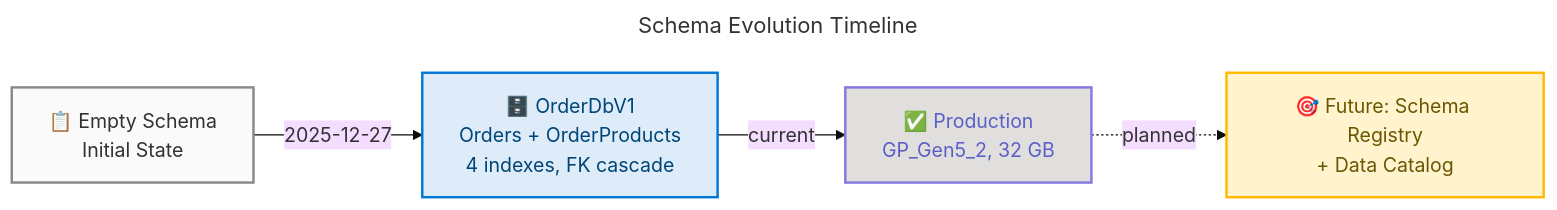
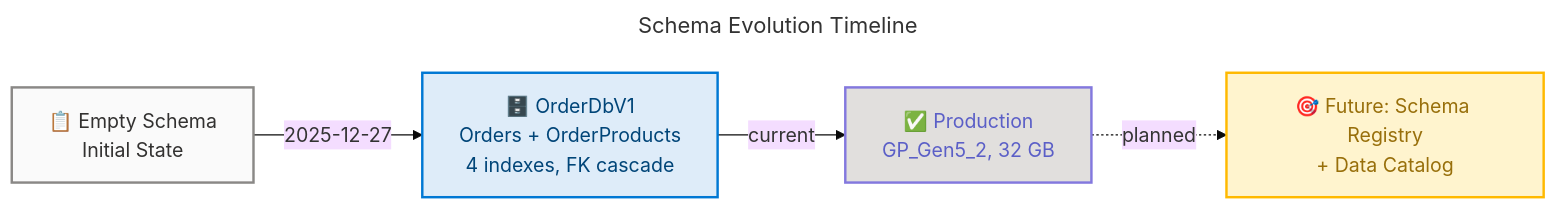
One commit to Evilazaro/Azure-LogicApps-Monitoring changed the ninth of 13 diagrams in docs/architecture/data-architecture.md. Above: the diagram before and after it, drawn with Mermaid. The commit also changed other lines of this file and 1 other file, not shown here.

Commit message:
Refactor architecture diagrams for improved styling and consistency across components and data layers

````diff
--- a/docs/architecture/data-architecture.md
+++ b/docs/architecture/data-architecture.md
@@ -781,29 +781,29 @@
 ```mermaid
 ---
 title: Schema Evolution Timeline
 config:
   theme: base
   look: classic
   layout: dagre
   themeVariables:
     fontSize: '16px'
   flowchart:
     htmlLabels: true
 ---
 flowchart LR
     accTitle: Schema Evolution Timeline
     accDescr: Shows the EF Core migration history and schema versioning timeline for the OrderDb database
 
     %% ═══════════════════════════════════════════════════════════════════════════
     %% AZURE / FLUENT ARCHITECTURE PATTERN v1.1
     %% ═══════════════════════════════════════════════════════════════════════════
 
     V0["📋 Empty Schema<br/>Initial State"]:::monitoring -->|"2025-12-27"| V1["🗄️ OrderDbV1<br/>Orders + OrderProducts<br/>4 indexes, FK cascade"]:::core
     V1 -->|"current"| LIVE["✅ Production<br/>GP_Gen5_2, 32 GB"]:::data
     LIVE -.->|"planned"| V2["🎯 Future: Schema Registry<br/>+ Data Catalog"]:::workflow
 
     classDef core fill:#DEECF9,stroke:#0078D4,stroke-width:2px,color:#004578
     classDef data fill:#E1DFDD,stroke:#8378DE,stroke-width:2px,color:#5B5FC7
-    classDef workflow fill:#FFF4CE,stroke:#FFB900,stroke-width:2px,color:#6B5700
+    classDef workflow fill:#FFF4CE,stroke:#FFB900,stroke-width:2px,color:#986F0B
     classDef monitoring fill:#FAFAFA,stroke:#8A8886,stroke-width:2px,color:#323130
 ```
````
